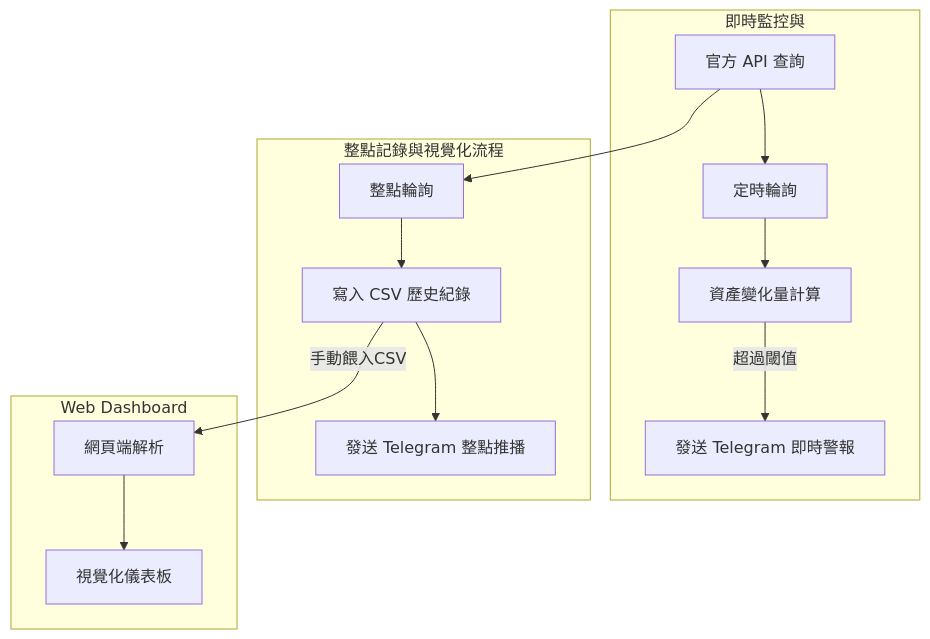
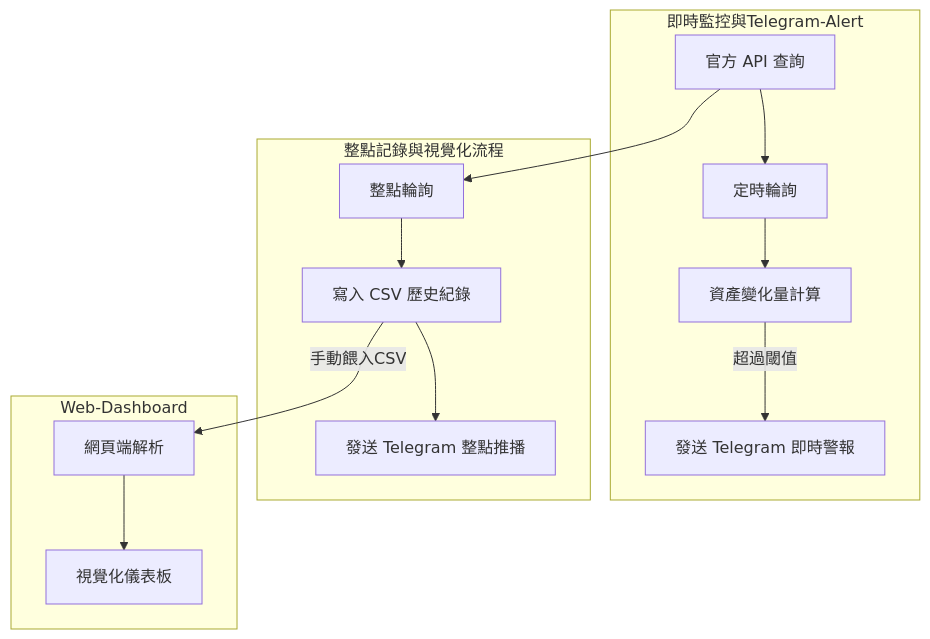
The diagram in README.md (Zianwalk/lit-monitor-bot-showcase), drawn with Mermaid before and after one commit.

````diff
--- a/README.md
+++ b/README.md
@@ -30,22 +30,22 @@
 ```mermaid
 flowchart TD
 
     API[官方 API 查詢]
 
-    subgraph 即時監控與
+    subgraph 即時監控與Telegram-Alert
         API --> POLL[定時輪詢]
         POLL --> DELTA[資產變化量計算]
         DELTA -->|超過閾值| ALERT[發送 Telegram 即時警報]
     end
 
     subgraph 整點記錄與視覺化流程
         API --> HOUR[整點輪詢]
         HOUR --> CSV[寫入 CSV 歷史紀錄]
         CSV --> tg_record[發送 Telegram 整點推播]
     end
 
-    subgraph Web Dashboard
+    subgraph Web-Dashboard
         CSV --> |手動餵入CSV|WEB[網頁端解析]
         WEB --> DASH[視覺化儀表板]
     end
 ```
````
